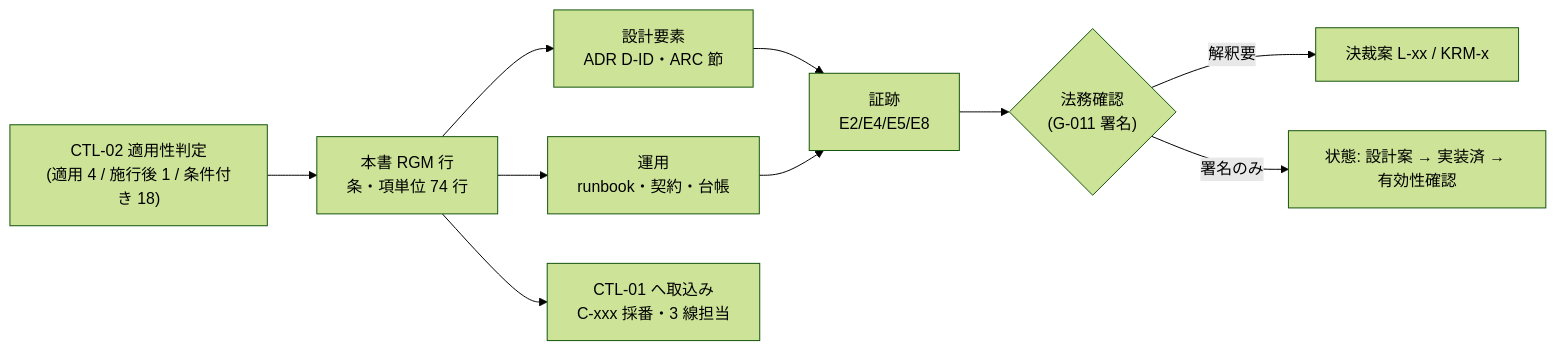
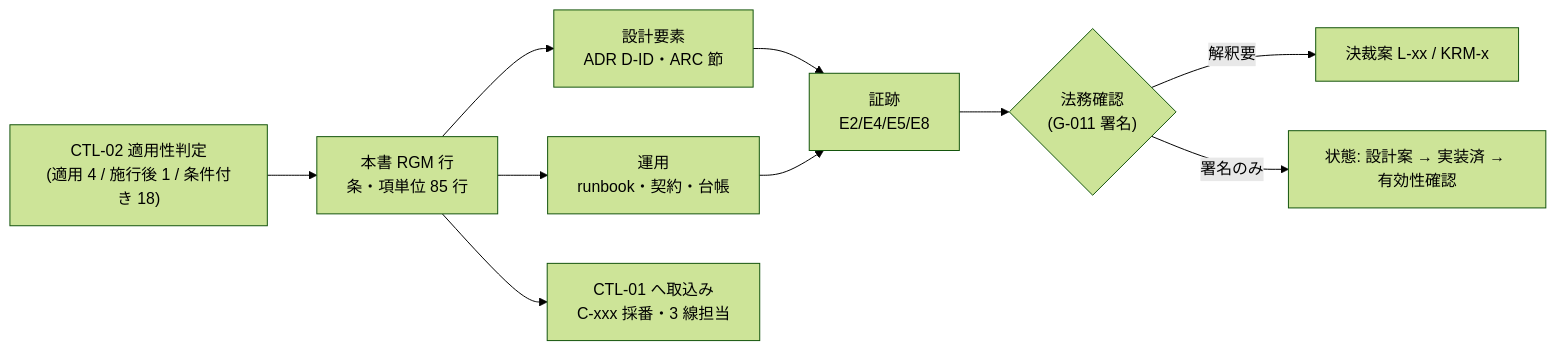
Before and after one commit to Takenori-Kusaka/auth-stack: the first of 2 diagrams in 06_controls/mappings/regulations.md, drawn with Mermaid (forest theme). The commit also changed other lines of this file and 68 other files, not shown here.

````diff
--- a/06_controls/mappings/regulations.md
+++ b/06_controls/mappings/regulations.md
@@ -17,12 +17,12 @@
 ```mermaid
 flowchart LR
-  A["CTL-02 適用性判定<br/>(適用 4 / 施行後 1 / 条件付き 18)"] --> B["本書 RGM 行<br/>条・項単位 74 行"]
+  A["CTL-02 適用性判定<br/>(適用 4 / 施行後 1 / 条件付き 18)"] --> B["本書 RGM 行<br/>条・項単位 85 行"]
   B --> C["設計要素<br/>ADR D-ID・ARC 節"]
   B --> D["運用<br/>runbook・契約・台帳"]
   C --> E["証跡<br/>E2/E4/E5/E8"]
   D --> E
   B --> F["CTL-01 へ取込み<br/>C-xxx 採番・3 線担当"]
   E --> G{"法務確認<br/>(G-011 署名)"}
   G -->|解釈要| H["決裁案 L-xx / KRM-x"]
   G -->|署名のみ| I["状態: 設計案 → 実装済 → 有効性確認"]
 ```
````
